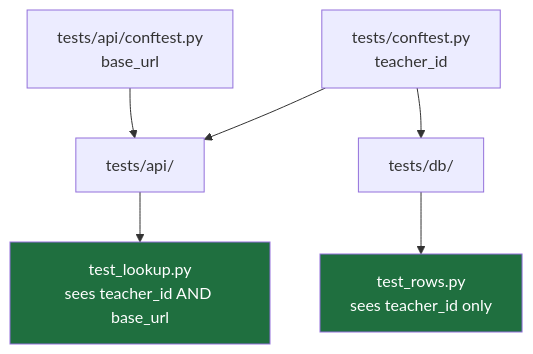
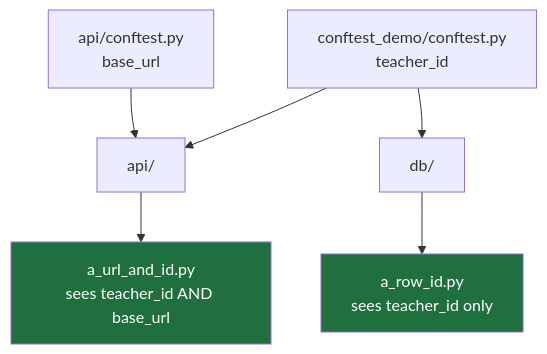
One commit to Dummy-Bug/system-design-handbook changed the fourth of 4 diagrams in AI-Engineering/11-Testing/04-Pytest-Model.md. Above: the diagram before and after it, drawn with Mermaid. The commit also changed other lines of this file and 6 other files, not shown here.

````diff
--- a/AI-Engineering/11-Testing/04-Pytest-Model.md
+++ b/AI-Engineering/11-Testing/04-Pytest-Model.md
@@ -741,10 +741,10 @@
 ```mermaid
 flowchart TD
-    R[tests/conftest.py<br/>teacher_id] --> A[tests/api/]
-    R --> D[tests/db/]
-    A2[tests/api/conftest.py<br/>base_url] --> A
-    A --> T1[test_lookup.py<br/>sees teacher_id AND base_url]
-    D --> T2[test_rows.py<br/>sees teacher_id only]
+    R[conftest_demo/conftest.py<br/>teacher_id] --> A[api/]
+    R --> D[db/]
+    A2[api/conftest.py<br/>base_url] --> A
+    A --> T1[a_url_and_id.py<br/>sees teacher_id AND base_url]
+    D --> T2[a_row_id.py<br/>sees teacher_id only]
     style T1 fill:#1f6f3f,color:#fff
     style T2 fill:#1f6f3f,color:#fff
 ```
````
